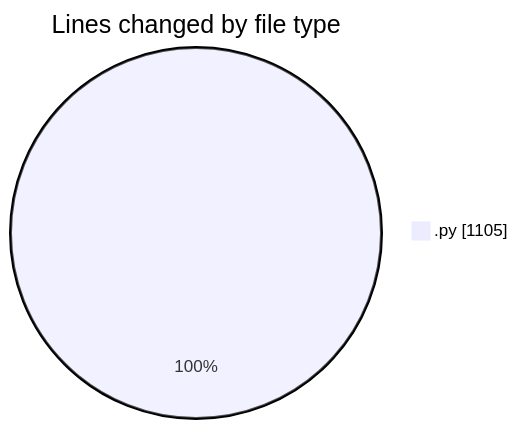
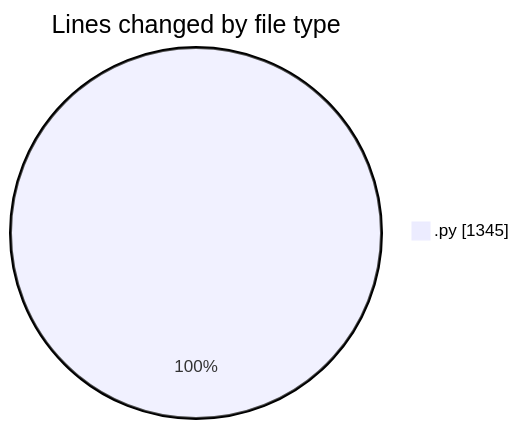
One commit to julien-gomy/code-tracking changed the first of 2 diagrams in 2025-10-29/eventscop-api-guide__workspace_/README.md. Above: the diagram before and after it, drawn with Mermaid. The commit also changed other lines of this file and 1 other file, not shown here.

````diff
--- a/2025-10-29/eventscop-api-guide__workspace_/README.md
+++ b/2025-10-29/eventscop-api-guide__workspace_/README.md
@@ -21,5 +23,5 @@
 ```mermaid
 pie showData
 title Lines changed by file type
-".py" : 1105
+".py" : 1345
 ```
````
